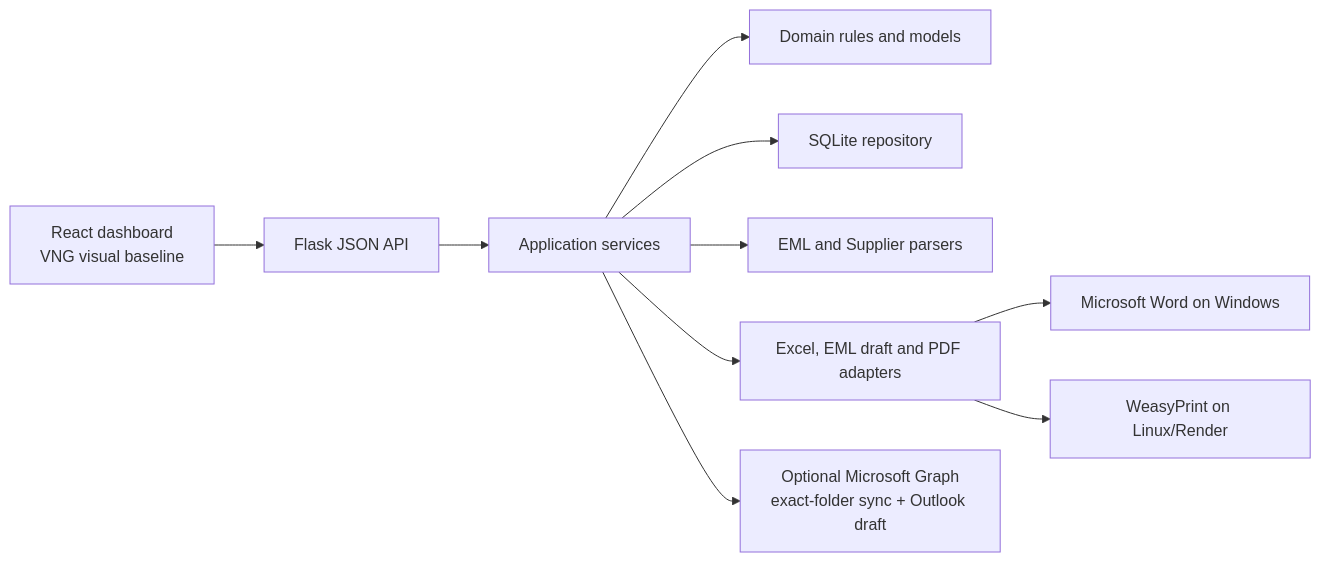
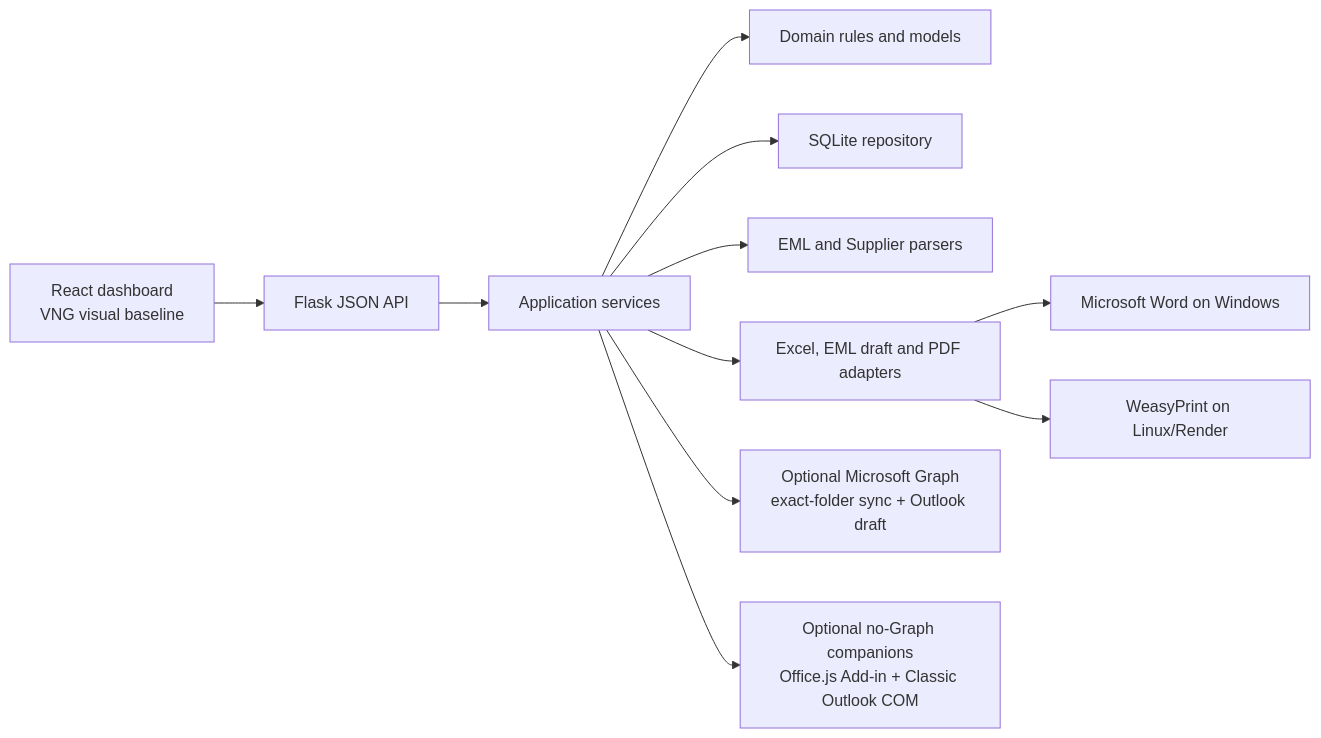
One commit to AnhLNQ2202/DEN-BU-HU-HONG-THIET-BI changed the first of 4 diagrams in PROJECT_CONTEXT.md. Above: the diagram before and after it, drawn with Mermaid. The commit also changed other lines of this file and 47 other files, not shown here.

````diff
--- a/PROJECT_CONTEXT.md
+++ b/PROJECT_CONTEXT.md
@@ -33,12 +34,13 @@
 ```mermaid
 flowchart LR
     UI["React dashboard\nVNG visual baseline"] --> API["Flask JSON API"]
     API --> SVC["Application services"]
     SVC --> DOMAIN["Domain rules and models"]
     SVC --> DB["SQLite repository"]
     SVC --> PARSER["EML and Supplier parsers"]
     SVC --> FILES["Excel, EML draft and PDF adapters"]
     SVC --> M365["Optional Microsoft Graph\nexact-folder sync + Outlook draft"]
+    SVC --> COMPANION["Optional no-Graph companions\nOffice.js Add-in + Classic Outlook COM"]
     FILES --> WORD["Microsoft Word on Windows"]
     FILES --> WEASY["WeasyPrint on Linux/Render"]
 ```
````
